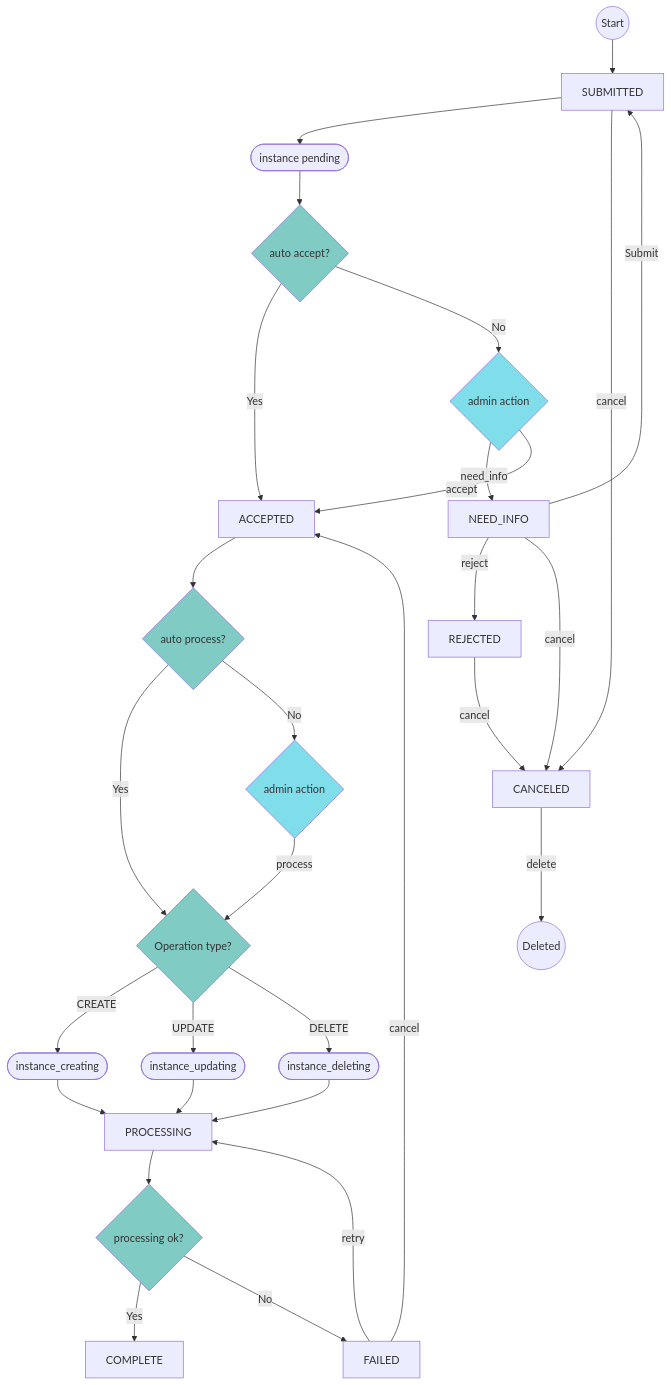
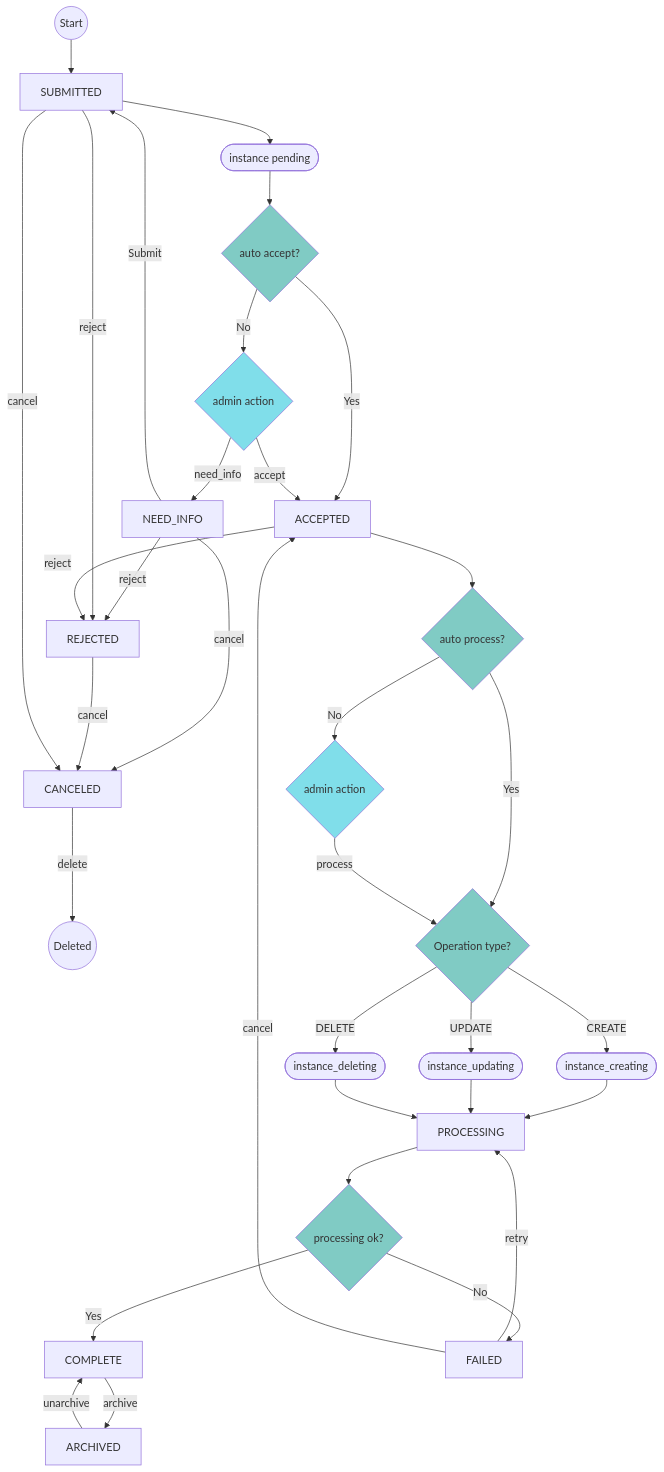
One commit to HewlettPackard/squest changed the diagram in docs/dev/request-state-machine.md. Above: the diagram before and after it, drawn with Mermaid. The commit also changed 59 other files, not shown here.

````diff
--- a/docs/dev/request-state-machine.md
+++ b/docs/dev/request-state-machine.md
@@ -5,58 +5,63 @@
 ```mermaid
 graph TB
    
     start((Start))
     submitted[SUBMITTED]
     start --> submitted
     auto_accept{auto accept?}
     style auto_accept fill:#80CBC4
     instance_pending([instance pending])
     submitted --> instance_pending
     instance_pending --> auto_accept
     accepted[ACCEPTED]
     auto_accept -->|Yes| accepted
     admin_action_1{admin action}
     style admin_action_1 fill:#80DEEA
     auto_accept -->|No| admin_action_1
     need_info[NEED_INFO]
     admin_action_1 -->|need_info| need_info
     admin_action_1 -->|accept| accepted
     rejected[REJECTED]
     need_info -->|reject| rejected
     need_info -->|Submit| submitted
     canceled[CANCELED]
     need_info --> |cancel|canceled
     rejected --> |cancel|canceled
     submitted --> |cancel|canceled
+    submitted -->|reject| rejected
     canceled --> |delete| deleted
     deleted((Deleted))
     auto_pocess{auto process?}
     style auto_pocess fill:#80CBC4
     accepted --> auto_pocess
+    accepted -->|reject| rejected
     auto_pocess --> |Yes| operation_type
     admin_action_2{admin action}
     auto_pocess --> |No| admin_action_2
     admin_action_2 --> |process| operation_type
     style admin_action_2 fill:#80DEEA
     operation_type{Operation type?}
     style operation_type fill:#80CBC4
     instance_creating([instance_creating])
     instance_updating([instance_updating])
     instance_deleting([instance_deleting])
     operation_type --> |CREATE| instance_creating
     operation_type --> |UPDATE| instance_updating
     operation_type --> |DELETE| instance_deleting
     processing[PROCESSING]   
     instance_creating --> processing
     instance_updating --> processing
     instance_deleting --> processing
     processing_ok{processing ok?}
     style processing_ok fill:#80CBC4
     processing --> processing_ok
     complete[COMPLETE] 
     failed[FAILED] 
     processing_ok --> |Yes| complete
     processing_ok --> |No| failed
     failed --> |retry| processing
     failed --> |cancel| accepted
+    archived[ARCHIVED] 
+    complete -->|archive| archived
+    archived -->|unarchive| complete
 ```
````
